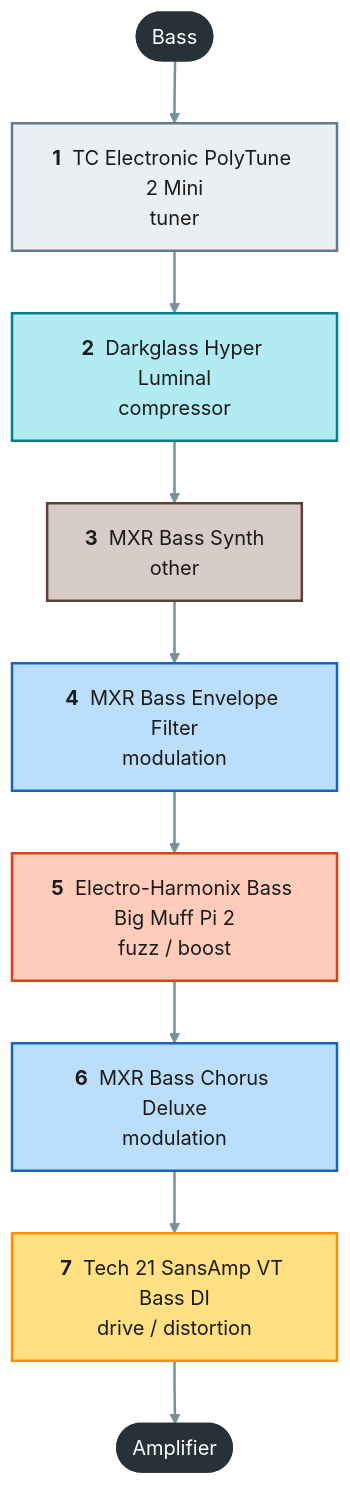
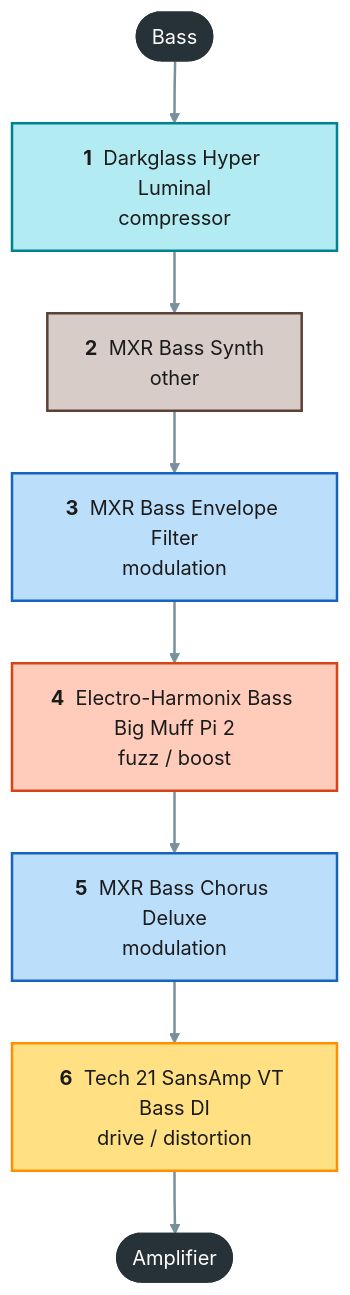
The diagram in projects/bass/signal-chain.mmd (pedroacvieira/pedalboard), drawn with Mermaid before and after one commit. The commit also changed 9 other files, not shown here.

Commit message:
bass: no tuner (owner), VT Bass DI and Big Muff alone on OUT1 / OUT2; Envelope Filter footswitch; CLAUDE.md: composed-board details, bass board

```diff
--- a/projects/bass/signal-chain.mmd
+++ b/projects/bass/signal-chain.mmd
@@ -1,19 +1,17 @@
 flowchart TB
     guitar(["Bass"]):::endpoint
-    polytune_2_mini["<b>1</b> &nbsp;TC Electronic PolyTune 2 Mini<br/>tuner"]:::c_tuner
-    darkglass_hyper_luminal["<b>2</b> &nbsp;Darkglass Hyper Luminal<br/>compressor"]:::c_compressor
-    mxr_bass_synth["<b>3</b> &nbsp;MXR Bass Synth<br/>other"]:::c_other
-    mxr_bass_envelope_filter["<b>4</b> &nbsp;MXR Bass Envelope Filter<br/>modulation"]:::c_modulation
-    ehx_bass_big_muff_2["<b>5</b> &nbsp;Electro-Harmonix Bass Big Muff Pi 2<br/>fuzz / boost"]:::c_fuzz___boost
-    mxr_bass_chorus_deluxe["<b>6</b> &nbsp;MXR Bass Chorus Deluxe<br/>modulation"]:::c_modulation
-    tech21_vt_bass_di["<b>7</b> &nbsp;Tech 21 SansAmp VT Bass DI<br/>drive / distortion"]:::c_drive___distortion
+    darkglass_hyper_luminal["<b>1</b> &nbsp;Darkglass Hyper Luminal<br/>compressor"]:::c_compressor
+    mxr_bass_synth["<b>2</b> &nbsp;MXR Bass Synth<br/>other"]:::c_other
+    mxr_bass_envelope_filter["<b>3</b> &nbsp;MXR Bass Envelope Filter<br/>modulation"]:::c_modulation
+    ehx_bass_big_muff_2["<b>4</b> &nbsp;Electro-Harmonix Bass Big Muff Pi 2<br/>fuzz / boost"]:::c_fuzz___boost
+    mxr_bass_chorus_deluxe["<b>5</b> &nbsp;MXR Bass Chorus Deluxe<br/>modulation"]:::c_modulation
+    tech21_vt_bass_di["<b>6</b> &nbsp;Tech 21 SansAmp VT Bass DI<br/>drive / distortion"]:::c_drive___distortion
     amp(["Amplifier"]):::endpoint
-    guitar --> polytune_2_mini --> darkglass_hyper_luminal --> mxr_bass_synth --> mxr_bass_envelope_filter --> ehx_bass_big_muff_2 --> mxr_bass_chorus_deluxe --> tech21_vt_bass_di --> amp
+    guitar --> darkglass_hyper_luminal --> mxr_bass_synth --> mxr_bass_envelope_filter --> ehx_bass_big_muff_2 --> mxr_bass_chorus_deluxe --> tech21_vt_bass_di --> amp
     classDef endpoint fill:#263238,stroke:#263238,color:#ffffff
-    classDef c_tuner fill:#eceff1,stroke:#607d8b,stroke-width:2px,color:#1b1b1b
     classDef c_compressor fill:#b2ebf2,stroke:#00838f,stroke-width:2px,color:#1b1b1b
     classDef c_fuzz___boost fill:#ffccbc,stroke:#d84315,stroke-width:2px,color:#1b1b1b
     classDef c_drive___distortion fill:#ffe082,stroke:#ff8f00,stroke-width:2px,color:#1b1b1b
     classDef c_modulation fill:#bbdefb,stroke:#1565c0,stroke-width:2px,color:#1b1b1b
     classDef c_other fill:#d7ccc8,stroke:#5d4037,stroke-width:2px,color:#1b1b1b
     linkStyle default stroke:#78909c,stroke-width:2px
```
